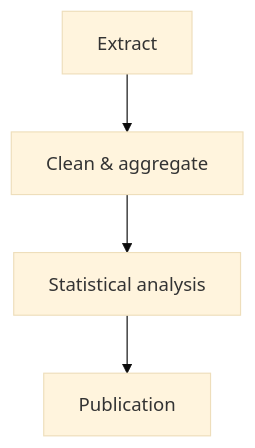
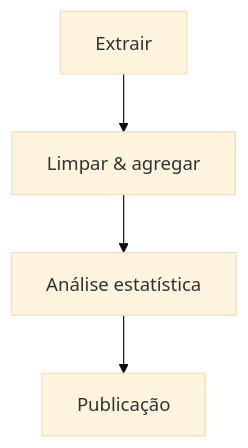
Before and after one commit to Quantilica/docs: the sixth of 9 diagrams in docs/architecture/overview.md, drawn with Mermaid (base theme). The commit also changed other lines of this file and 31 other files, not shown here.

````diff
--- a/docs/architecture/overview.md
+++ b/docs/architecture/overview.md
@@ -299,6 +299,6 @@
 ```mermaid
 graph TD
-    A["Extract"] --> B["Clean & aggregate"]
-    B --> C["Statistical analysis"]
-    C --> D["Publication"]
+    A["Extrair"] --> B["Limpar & agregar"]
+    B --> C["Análise estatística"]
+    C --> D["Publicação"]
 ```
````
